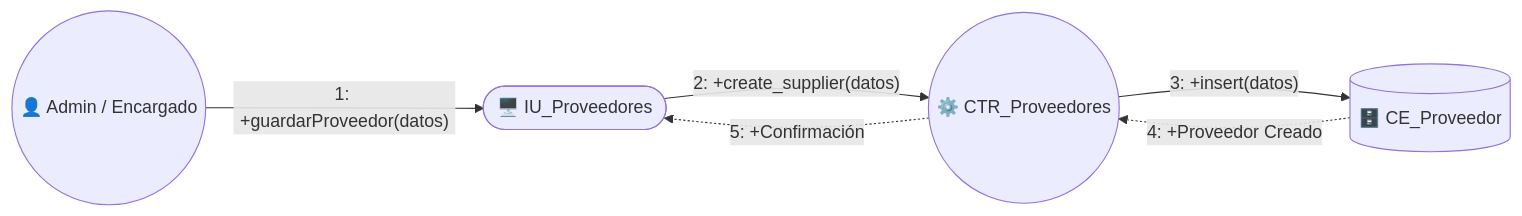
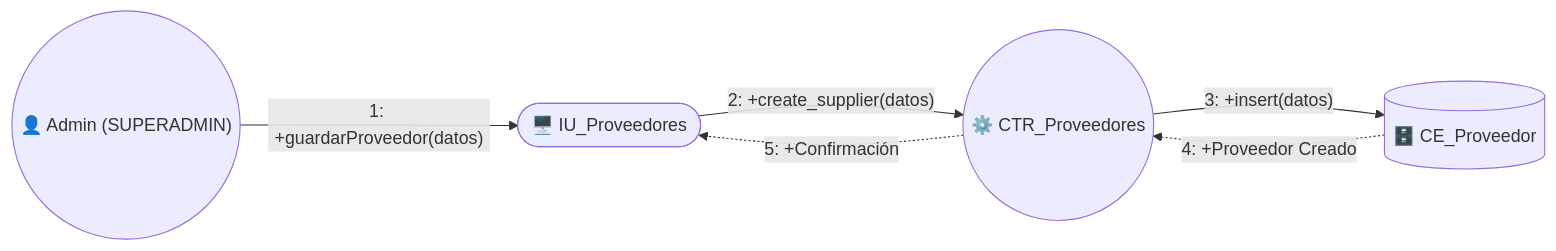
One commit to jc-larry/ecommerce-fashionstore changed diagram 16 of 53 in Ciclo1.md. Above: the diagram before and after it, drawn with Mermaid. The commit also changed other lines of this file and 267 other files, not shown here.

````diff
--- a/Ciclo1.md
+++ b/Ciclo1.md
@@ -878,13 +985,13 @@
 ```mermaid
 flowchart LR
-    Actor(("👤 Admin / Encargado"))
+    Actor(("👤 Admin (SUPERADMIN)"))
     IU(["🖥️ IU_Proveedores"])
     CTR(("⚙️ CTR_Proveedores"))
     ENT[("🗄️ CE_Proveedor")]
 
     Actor -- "1: +guardarProveedor(datos)" --> IU
     IU -- "2: +create_supplier(datos)" --> CTR
     CTR -- "3: +insert(datos)" --> ENT
     ENT -. "4: +Proveedor Creado" .-> CTR
     CTR -. "5: +Confirmación" .-> IU
 ```
````
